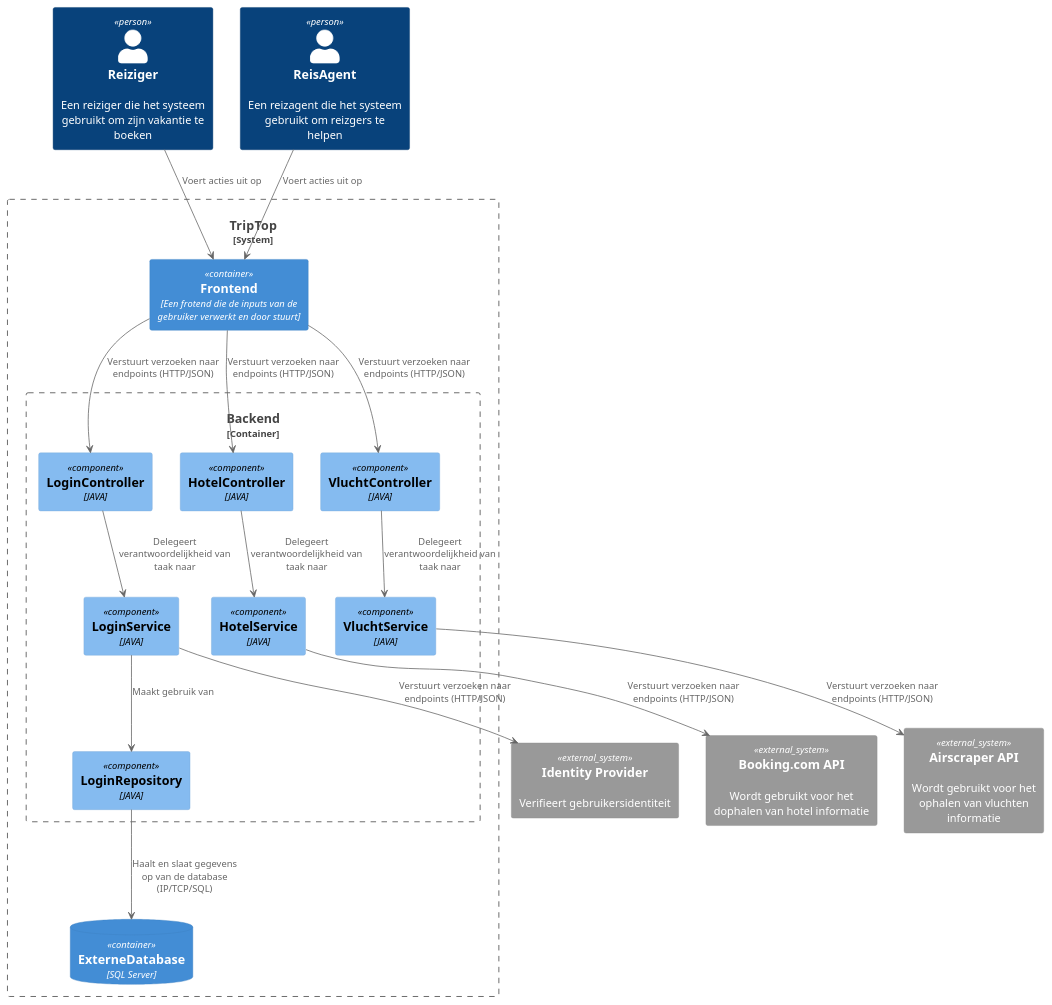
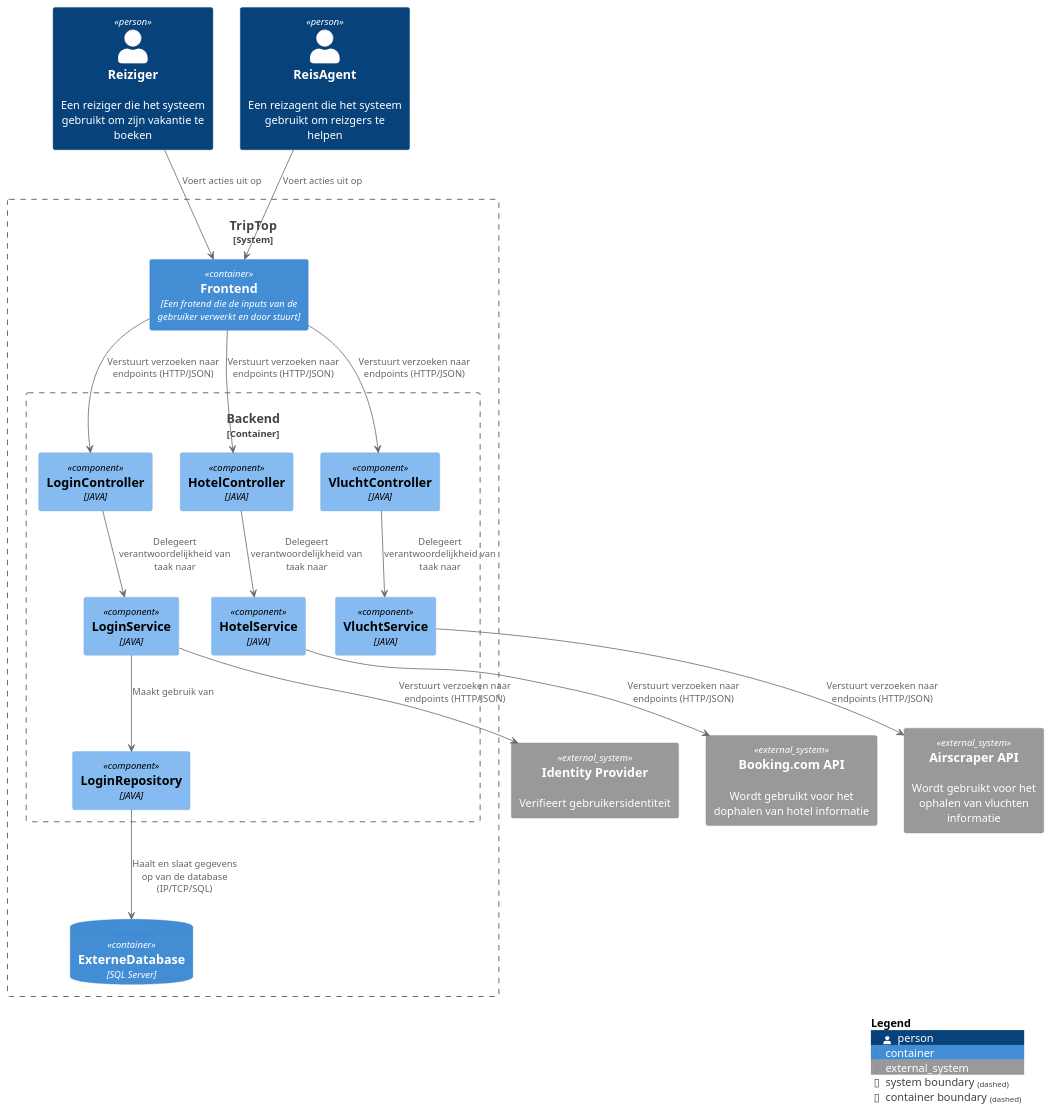
The diagram in C4_diagrammen/Component-diagram-TripTop-Backend.puml (AIM-ENE-feb25/triptop-groep-b4), drawn with PlantUML before and after one commit.

```diff
--- a/C4_diagrammen/Component-diagram-TripTop-Backend.puml
+++ b/C4_diagrammen/Component-diagram-TripTop-Backend.puml
@@ -1,52 +1,53 @@
 @startuml
 !include https://raw.githubusercontent.com/plantuml-stdlib/C4-PlantUML/master/C4_Component.puml
 !include https://raw.githubusercontent.com/plantuml-stdlib/C4-PlantUML/master/C4_Container.puml
 
 
 Person(Reiziger, "Reiziger", "Een reiziger die het systeem gebruikt om zijn vakantie te boeken")
 Person(ReisAgent, "ReisAgent", "Een reizagent die het systeem gebruikt om reizgers te helpen")
 
 System_Boundary(System_Boundary, TripTop){
 Container(Frontend, "Frontend", "Een frotend die de inputs van de gebruiker verwerkt en door stuurt")
 
 Container_Boundary(ContainerBoundary, "Backend") {
 
 Component(LoginController, "LoginController", "JAVA")
 Component(LoginService, "LoginService", "JAVA")
 Component(LoginRepository, "LoginRepository", "JAVA")
 
 Component(HotelController, "HotelController", "JAVA")
 Component(HotelService, "HotelService", "JAVA")
 
 Component(VluchtController, "VluchtController", "JAVA")
 Component(VluchtService, "VluchtService", "JAVA")
 
 }
 
 ContainerDb(Externe_Database," ExterneDatabase","SQL Server")
 }
 System_Ext(IdentityProvider, "Identity Provider", "Verifieert gebruikersidentiteit")
 System_Ext(Booking.com, "Booking.com API", "Wordt gebruikt voor het dophalen van hotel informatie")
 System_Ext(Airscraper, "Airscraper API", "Wordt gebruikt voor het ophalen van vluchten informatie")
 
 
 Reiziger --> Frontend: "Voert acties uit op"
 ReisAgent --> Frontend: "Voert acties uit op"
 
 
 Frontend --> LoginController: "Verstuurt verzoeken naar endpoints (HTTP/JSON)"
 Frontend --> HotelController: "Verstuurt verzoeken naar endpoints (HTTP/JSON)"
 Frontend --> VluchtController: "Verstuurt verzoeken naar endpoints (HTTP/JSON)"
 
 LoginController --> LoginService: "Delegeert verantwoordelijkheid van taak naar"
 LoginService --> LoginRepository: "Maakt gebruik van"
 LoginRepository --> Externe_Database: "Haalt en slaat gegevens op van de database (IP/TCP/SQL)"
 
 HotelController --> HotelService: "Delegeert verantwoordelijkheid van taak naar"
 VluchtController --> VluchtService: "Delegeert verantwoordelijkheid van taak naar"
 
 LoginService --> IdentityProvider: "Verstuurt verzoeken naar endpoints (HTTP/JSON)"
 HotelService --> Booking.com: "Verstuurt verzoeken naar endpoints (HTTP/JSON)"
 VluchtService --> Airscraper: "Verstuurt verzoeken naar endpoints (HTTP/JSON)"
 
+SHOW_LEGEND(TRUE)
 @enduml
```
